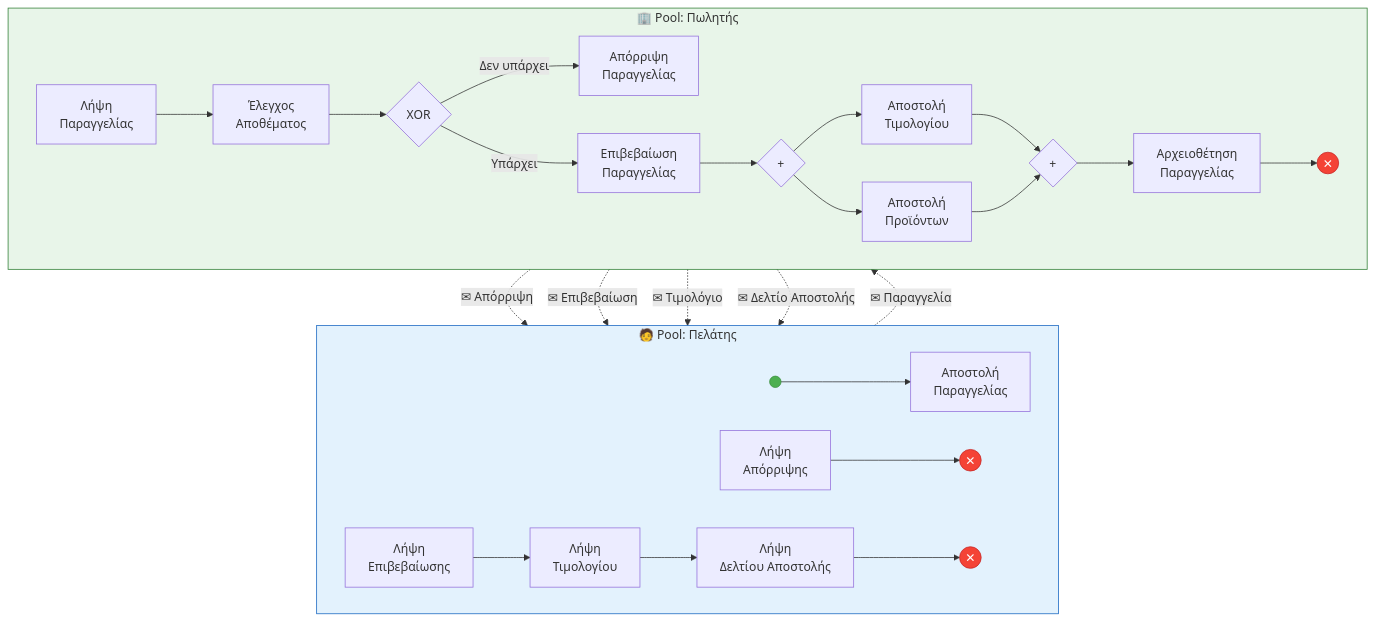
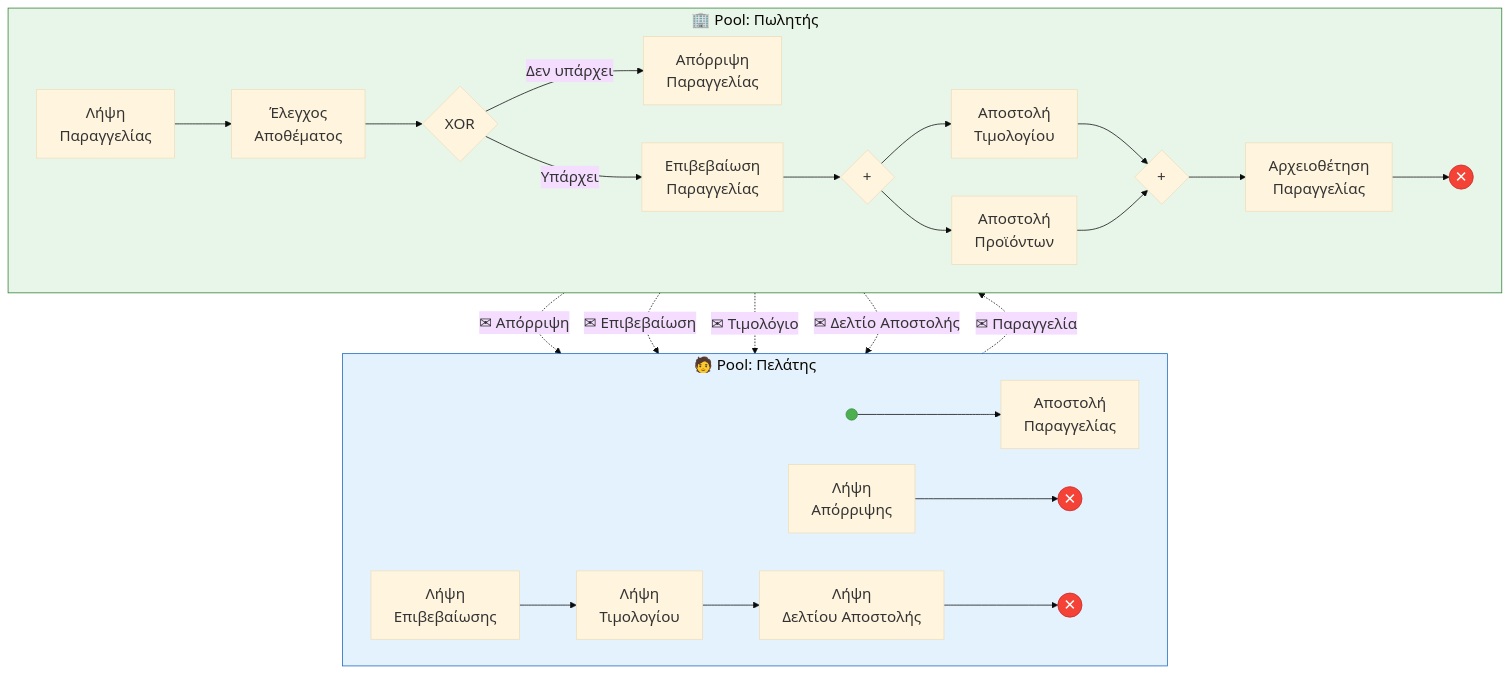
Before and after one commit to tsadimas-wa/dss-data-analytics: the diagram in msc/img/lecture3/diag_message_flow.mmd, drawn with Mermaid. The commit also changed 16 other files, not shown here.

First line of the commit message:
docs(lecture3): update diagrams and lecture content

```diff
--- a/msc/img/lecture3/diag_message_flow.mmd
+++ b/msc/img/lecture3/diag_message_flow.mmd
@@ -1,37 +1,38 @@
+%%{init: {'theme': 'base', 'themeVariables': {'fontSize': '20px', 'fontFamily': 'Arial, sans-serif'}}}%%
 flowchart TB
     subgraph CUSTOMER["🧑 Pool: Πελάτης"]
         direction LR
         C1((" ")) --> C2["Αποστολή\nΠαραγγελίας"]
         C4["Λήψη\nΑπόρριψης"] --> C5(("✕"))
         C6["Λήψη\nΕπιβεβαίωσης"] --> C7["Λήψη\nΤιμολογίου"]
         C7 --> C8["Λήψη\nΔελτίου Αποστολής"]
         C8 --> C9(("✕"))
     end
 
     subgraph SELLER["🏢 Pool: Πωλητής"]
         direction LR
         S1["Λήψη\nΠαραγγελίας"] --> S2["Έλεγχος\nΑποθέματος"]
         S2 --> G1{"XOR"}
         G1 -->|"Δεν υπάρχει"| S3["Απόρριψη\nΠαραγγελίας"]
         G1 -->|"Υπάρχει"| S4["Επιβεβαίωση\nΠαραγγελίας"]
         S4 --> AND_S{"+"}
         AND_S --> S5["Αποστολή\nΤιμολογίου"]
         AND_S --> S6["Αποστολή\nΠροϊόντων"]
         S5 --> AND_J{"+"}
         S6 --> AND_J
         AND_J --> S7["Αρχειοθέτηση\nΠαραγγελίας"]
         S7 --> SE(("✕"))
     end
 
     C2 -.->|"✉ Παραγγελία"| S1
     S3 -.->|"✉ Απόρριψη"| C4
     S4 -.->|"✉ Επιβεβαίωση"| C6
     S5 -.->|"✉ Τιμολόγιο"| C7
     S6 -.->|"✉ Δελτίο Αποστολής"| C8
 
     style CUSTOMER fill:#E3F2FD,stroke:#1565C0
     style SELLER fill:#E8F5E9,stroke:#2E7D32
     style C1 fill:#4CAF50,stroke:#388E3C,color:#fff
     style C5 fill:#F44336,stroke:#C62828,color:#fff
     style C9 fill:#F44336,stroke:#C62828,color:#fff
     style SE fill:#F44336,stroke:#C62828,color:#fff
```
